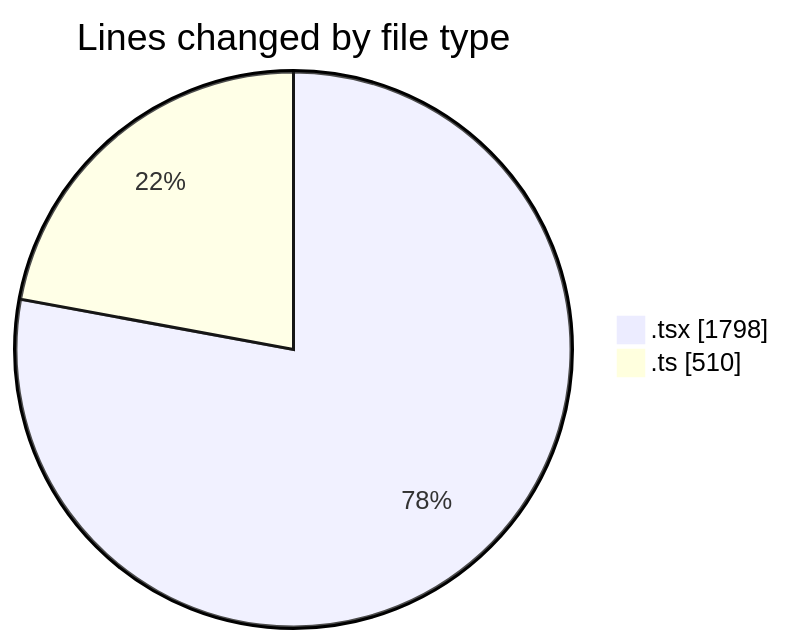
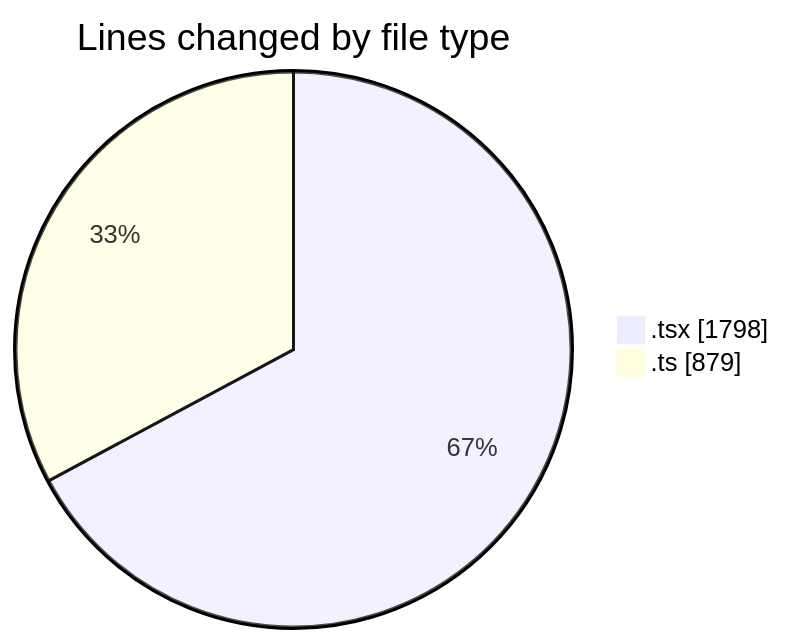
Before and after one commit to nxtqubesakshisongat/code-tracking: the first of 2 diagrams in 2026-03-06/nxtqube_webapp/README.md, drawn with Mermaid. The commit also changed other lines of this file and 1 other file, not shown here.

````diff
--- a/2026-03-06/nxtqube_webapp/README.md
+++ b/2026-03-06/nxtqube_webapp/README.md
@@ -25,6 +26,6 @@
 ```mermaid
 pie showData
 title Lines changed by file type
 ".tsx" : 1798
-".ts" : 510
+".ts" : 879
 ```
````
